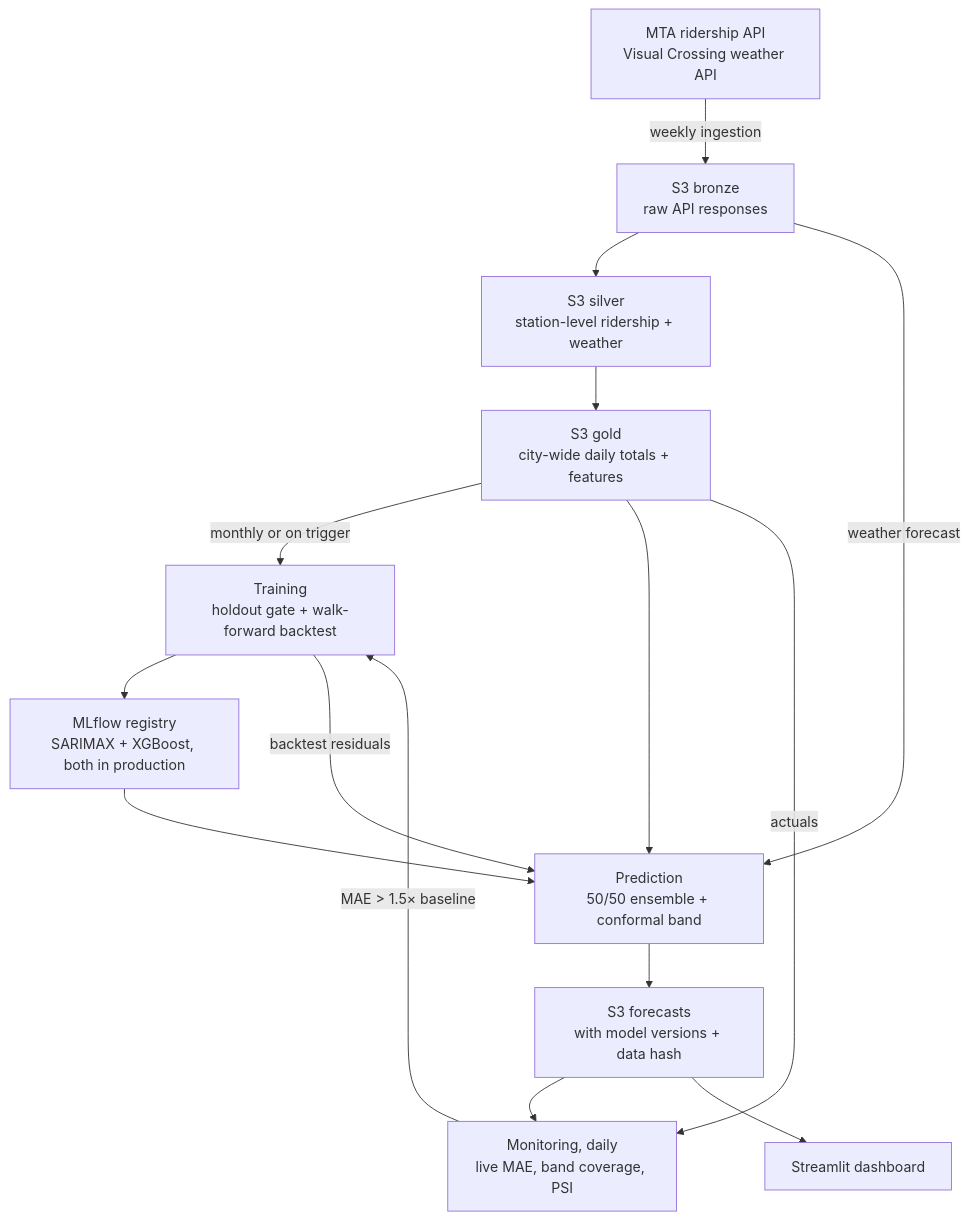
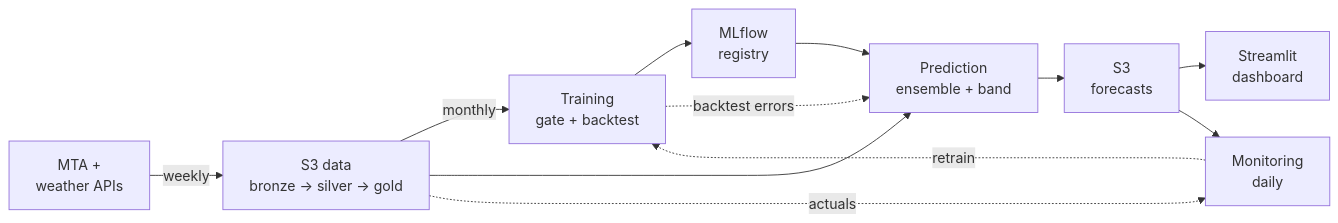
Before and after one commit to Keerthana-Suresh-Anand/nyc-transit-demand-forecasting: the diagram in README.md, drawn with Mermaid. The commit also changed other lines of this file, not shown here.

Commit message:
docs: compact left-to-right architecture diagram
The top-to-bottom diagram rendered too tall on GitHub. Lay it out left to right, fold the three data layers into one node (described in the text below), and draw secondary flows dotted.

````diff
--- a/README.md
+++ b/README.md
@@ -37,22 +37,15 @@
 ```mermaid
-flowchart TD
-    apis["MTA ridership API<br/>Visual Crossing weather API"]
-    apis -->|weekly ingestion| bronze["S3 bronze<br/>raw API responses"]
-    bronze --> silver["S3 silver<br/>station-level ridership + weather"]
-    silver --> gold["S3 gold<br/>city-wide daily totals + features"]
-
-    gold -->|monthly or on trigger| train["Training<br/>holdout gate + walk-forward backtest"]
-    train --> registry["MLflow registry<br/>SARIMAX + XGBoost, both in production"]
-
-    registry --> predict["Prediction<br/>50/50 ensemble + conformal band"]
-    gold --> predict
-    bronze -->|weather forecast| predict
-    train -->|backtest residuals| predict
-
-    predict --> forecasts["S3 forecasts<br/>with model versions + data hash"]
-    forecasts --> monitor["Monitoring, daily<br/>live MAE, band coverage, PSI"]
-    gold -->|actuals| monitor
-    monitor -->|"MAE > 1.5× baseline"| train
-
-    forecasts --> dash["Streamlit dashboard"]
+%%{init: {"flowchart": {"nodeSpacing": 20, "rankSpacing": 30}}}%%
+flowchart LR
+    apis["MTA +<br/>weather APIs"] -->|weekly| data["S3 data<br/>bronze → silver → gold"]
+    data -->|monthly| train["Training<br/>gate + backtest"]
+    train --> registry["MLflow<br/>registry"]
+    registry --> predict["Prediction<br/>ensemble + band"]
+    data --> predict
+    train -.->|backtest errors| predict
+    predict --> fc["S3<br/>forecasts"]
+    fc --> dash["Streamlit<br/>dashboard"]
+    fc --> monitor["Monitoring<br/>daily"]
+    data -.->|actuals| monitor
+    monitor -.->|retrain| train
 ```
````
